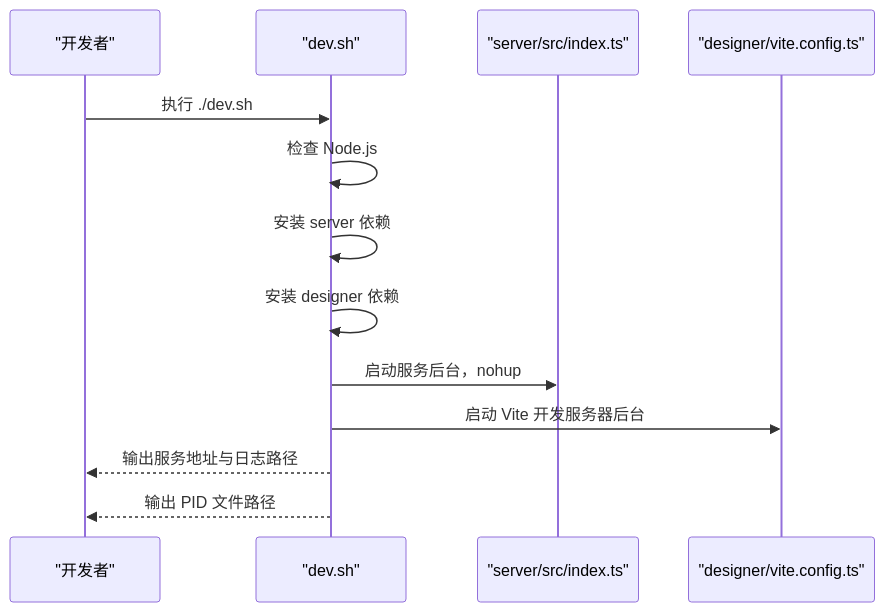
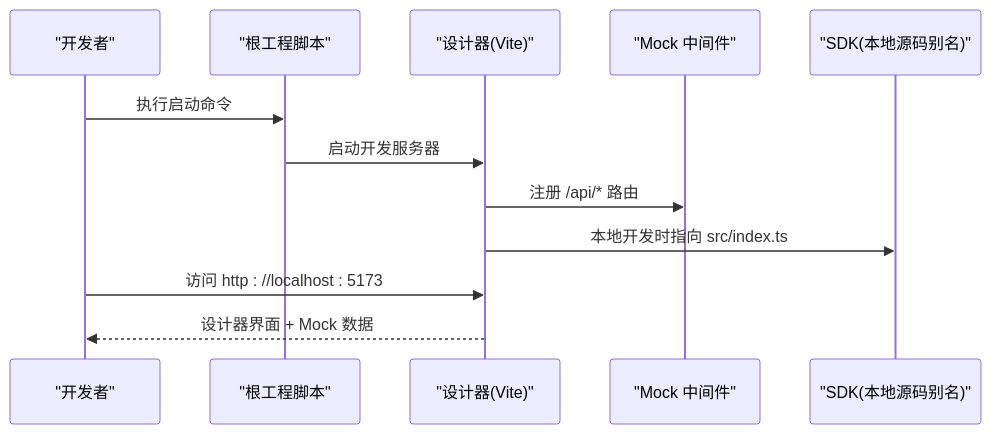
Before and after one commit to joker-yjc/printer: the second of 7 diagrams in .qoder/repowiki/zh/content/快速开始.md, drawn with Mermaid. The commit also changed other lines of this file and 86 other files, not shown here.

````diff
--- a/.qoder/repowiki/zh/content/快速开始.md
+++ b/.qoder/repowiki/zh/content/快速开始.md
@@ -107,15 +81,14 @@
 ```mermaid
 sequenceDiagram
 participant Dev as "开发者"
-participant Script as "dev.sh"
-participant Server as "server/src/index.ts"
-participant Designer as "designer/vite.config.ts"
-Dev->>Script : 执行 ./dev.sh
-Script->>Script : 检查 Node.js
-Script->>Script : 安装 server 依赖
-Script->>Script : 安装 designer 依赖
-Script->>Server : 启动服务后台，nohup
-Script->>Designer : 启动 Vite 开发服务器后台
-Script-->>Dev : 输出服务地址与日志路径
-Script-->>Dev : 输出 PID 文件路径
+participant Root as "根工程脚本"
+participant Dsg as "设计器(Vite)"
+participant Mock as "Mock 中间件"
+participant SDK as "SDK(本地源码别名)"
+Dev->>Root : 执行启动命令
+Root->>Dsg : 启动开发服务器
+Dsg->>Mock : 注册 /api/* 路由
+Dsg->>SDK : 本地开发时指向 src/index.ts
+Dev->>Dsg : 访问 http : //localhost : 5173
+Dsg-->>Dev : 设计器界面 + Mock 数据
 ```
````
